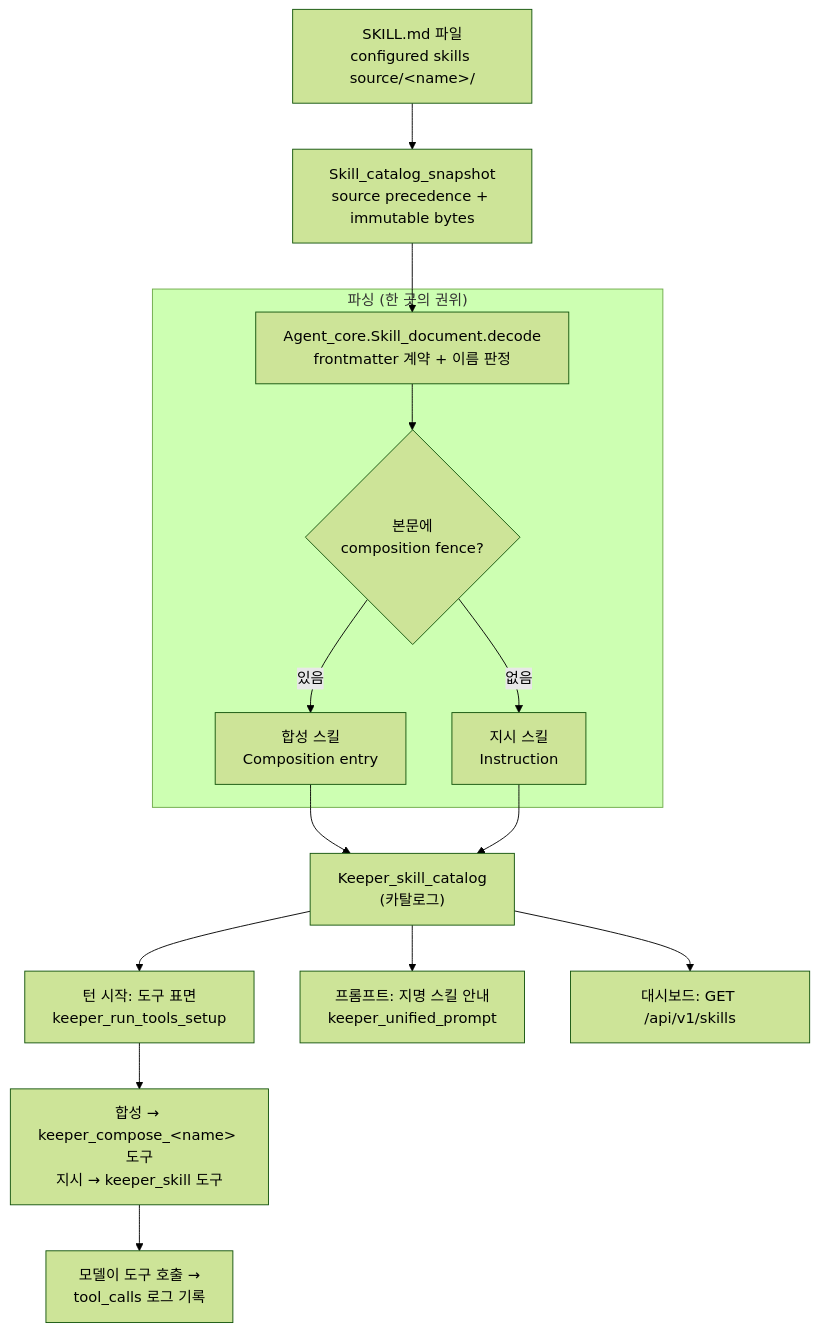
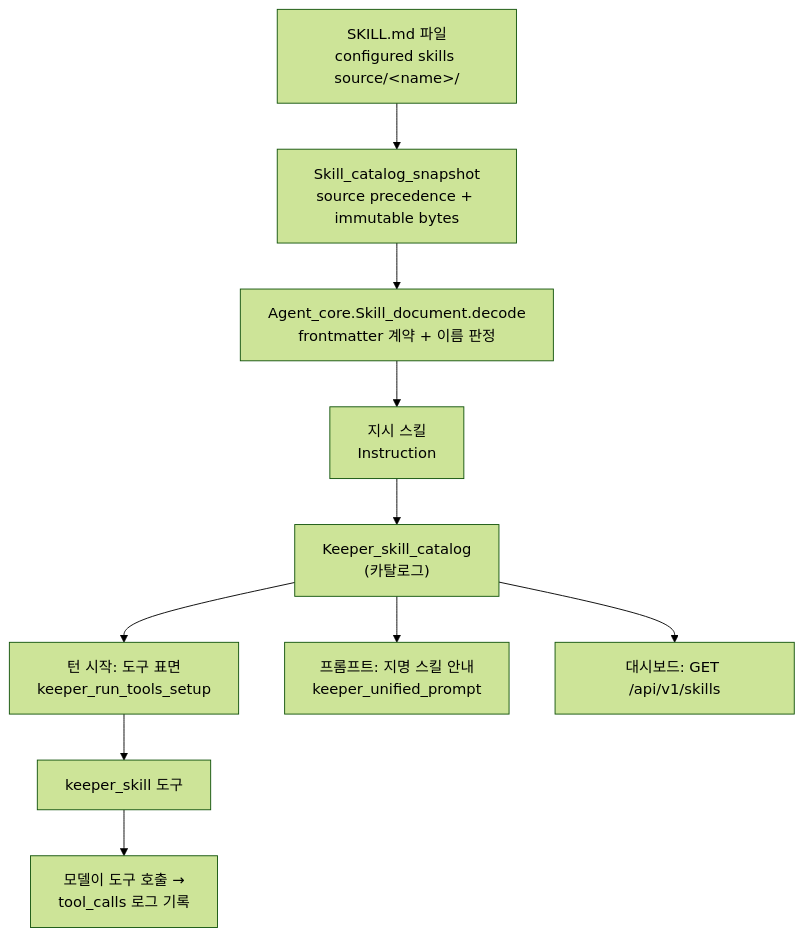
Before and after one commit to jeong-sik/masc: the first of 2 diagrams in docs/SKILLS-FLOW.md, drawn with Mermaid (forest theme). The commit also changed other lines of this file and 9 other files, not shown here.

````diff
--- a/docs/SKILLS-FLOW.md
+++ b/docs/SKILLS-FLOW.md
@@ -17,22 +16,14 @@
 ```mermaid
 flowchart TD
   F["SKILL.md 파일<br/>configured skills source/&lt;name&gt;/"] --> SNAP
   SNAP["Skill_catalog_snapshot<br/>source precedence + immutable bytes"] --> P
-
-  subgraph parse["파싱 (한 곳의 권위)"]
-    P["Agent_core.Skill_document.decode<br/>frontmatter 계약 + 이름 판정"] --> S
-    S{"본문에<br/>composition fence?"}
-    S -->|"있음"| C["합성 스킬<br/>Composition entry"]
-    S -->|"없음"| I["지시 스킬<br/>Instruction"]
-  end
-
-  C --> CAT["Keeper_skill_catalog<br/>(카탈로그)"]
-  I --> CAT
+  P["Agent_core.Skill_document.decode<br/>frontmatter 계약 + 이름 판정"] --> I["지시 스킬<br/>Instruction"]
+  I --> CAT["Keeper_skill_catalog<br/>(카탈로그)"]
 
   CAT --> T1["턴 시작: 도구 표면<br/>keeper_run_tools_setup"]
   CAT --> T2["프롬프트: 지명 스킬 안내<br/>keeper_unified_prompt"]
   CAT --> T3["대시보드: GET /api/v1/skills"]
 
-  T1 --> TOOL["합성 → keeper_compose_&lt;name&gt; 도구<br/>지시 → keeper_skill 도구"]
+  T1 --> TOOL["keeper_skill 도구"]
   TOOL --> EXE["모델이 도구 호출 →<br/>tool_calls 로그 기록"]
 ```
````
